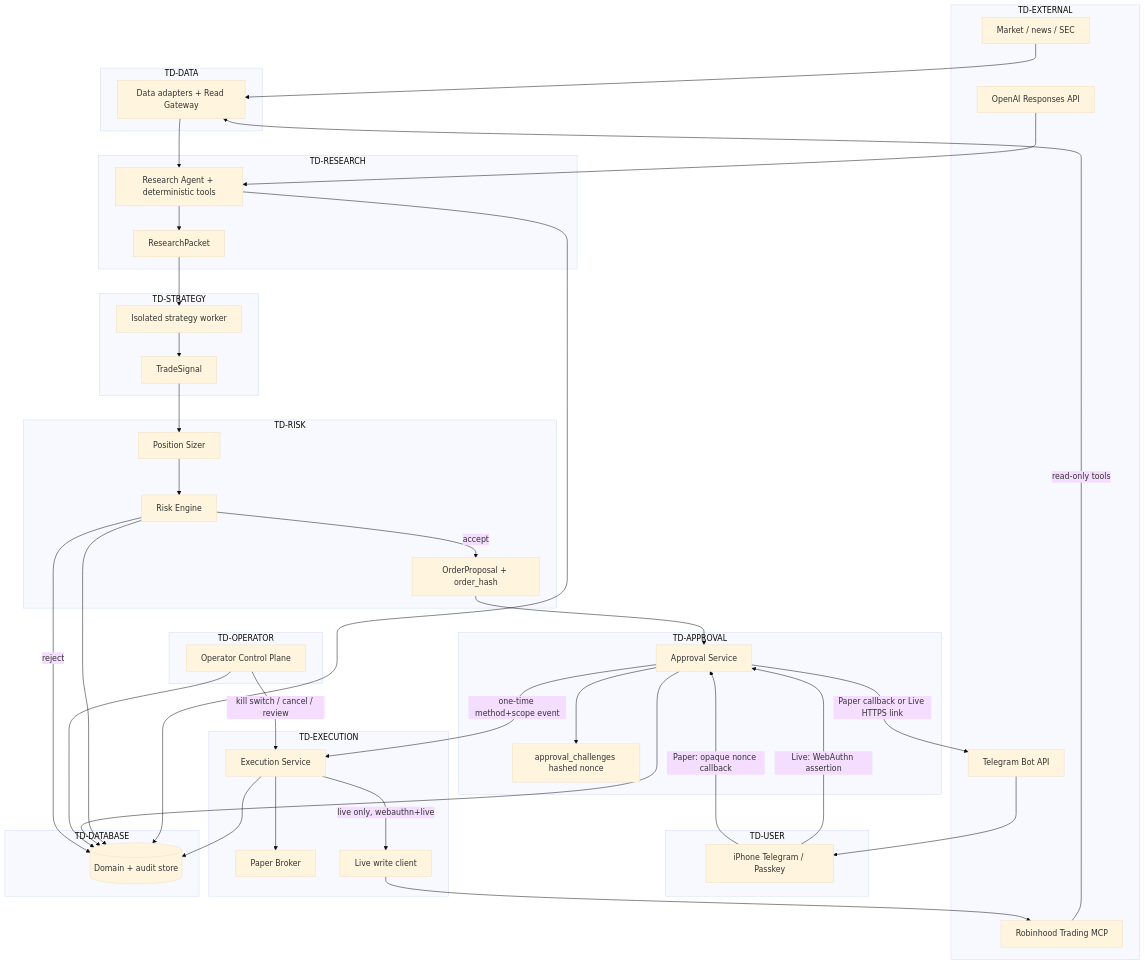
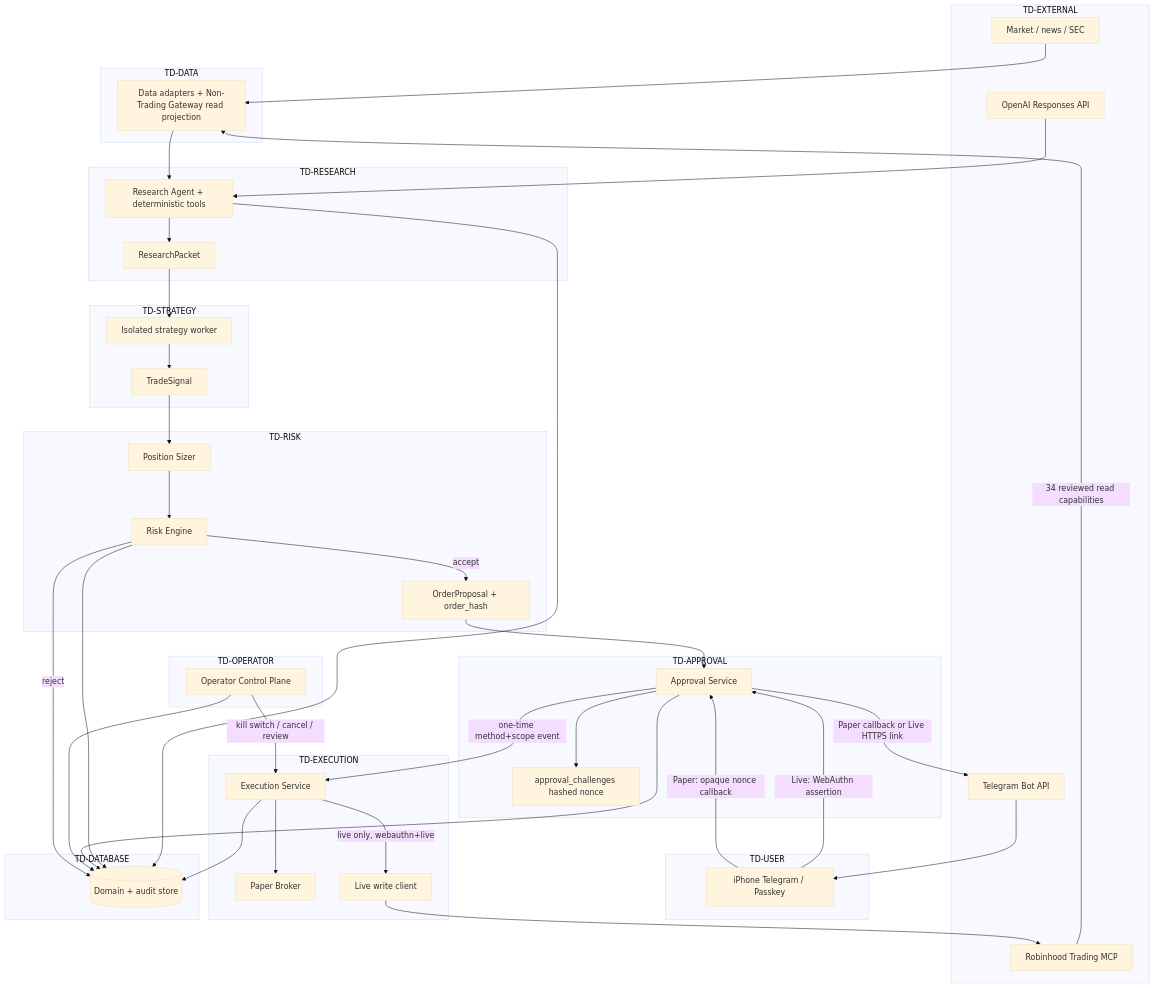
One commit to likefudan/ainvest changed the first of 3 diagrams in docs/security/data-flow.md. Above: the diagram before and after it, drawn with Mermaid (base theme). The commit also changed other lines of this file and 10 other files, not shown here.

````diff
--- a/docs/security/data-flow.md
+++ b/docs/security/data-flow.md
@@ -32,79 +32,79 @@
 ```mermaid
 flowchart TB
   subgraph EXT["TD-EXTERNAL"]
     MKT["Market / news / SEC"]
     OAI["OpenAI Responses API"]
     TGAPI["Telegram Bot API"]
     RH["Robinhood Trading MCP"]
   end
 
   subgraph DATA["TD-DATA"]
-    ADP["Data adapters + Read Gateway"]
+    ADP["Data adapters + Non-Trading Gateway read projection"]
   end
 
   subgraph RES["TD-RESEARCH"]
     RA["Research Agent + deterministic tools"]
     RP["ResearchPacket"]
   end
 
   subgraph STR["TD-STRATEGY"]
     SW["Isolated strategy worker"]
     TS["TradeSignal"]
   end
 
   subgraph RSK["TD-RISK"]
     SZ["Position Sizer"]
     RE["Risk Engine"]
     OP["OrderProposal + order_hash"]
   end
 
   subgraph APR["TD-APPROVAL"]
     AS["Approval Service"]
     CH["approval_challenges hashed nonce"]
   end
 
   subgraph USR["TD-USER"]
     IPHONE["iPhone Telegram / Passkey"]
   end
 
   subgraph EXE["TD-EXECUTION"]
     EX["Execution Service"]
     PB["Paper Broker"]
     WC["Live write client"]
   end
 
   subgraph OPS["TD-OPERATOR"]
     OC["Operator Control Plane"]
   end
 
   subgraph DB["TD-DATABASE"]
     STORE[(Domain + audit store)]
   end
 
   MKT --> ADP
-  RH -->|"read-only tools"| ADP
+  RH -->|"34 reviewed read capabilities"| ADP
   ADP --> RA
   OAI --> RA
   RA --> RP
   RP --> SW
   SW --> TS
   TS --> SZ --> RE
   RE -->|reject| STORE
   RE -->|accept| OP
   OP --> AS
   AS --> CH
   AS -->|"Paper callback or Live HTTPS link"| TGAPI
   TGAPI --> IPHONE
   IPHONE -->|"Paper: opaque nonce callback"| AS
   IPHONE -->|"Live: WebAuthn assertion"| AS
   AS -->|"one-time method+scope event"| EX
   EX --> PB
   EX -->|"live only, webauthn+live"| WC
   WC --> RH
   OC -->|"kill switch / cancel / review"| EX
   OC --> STORE
   EX --> STORE
   AS --> STORE
   RE --> STORE
   RA --> STORE
 ```
````
